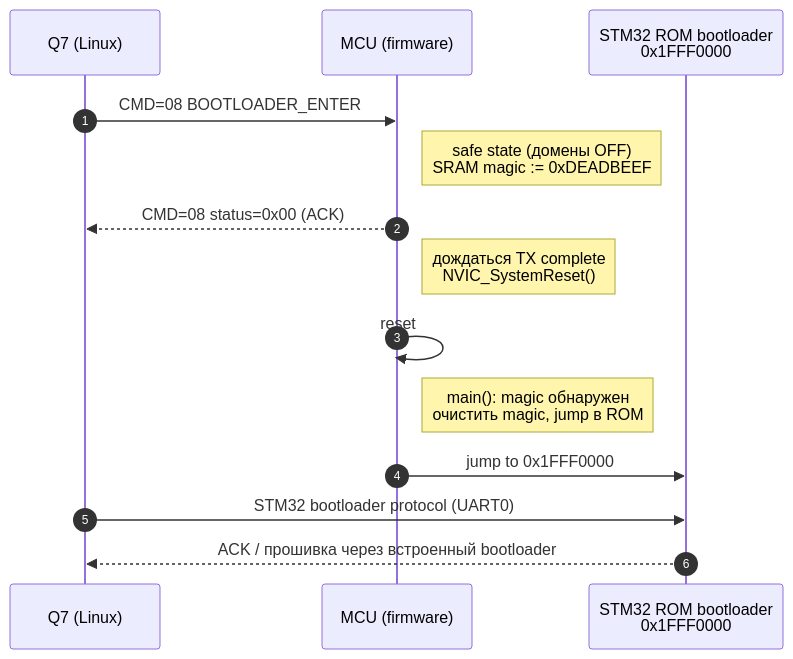
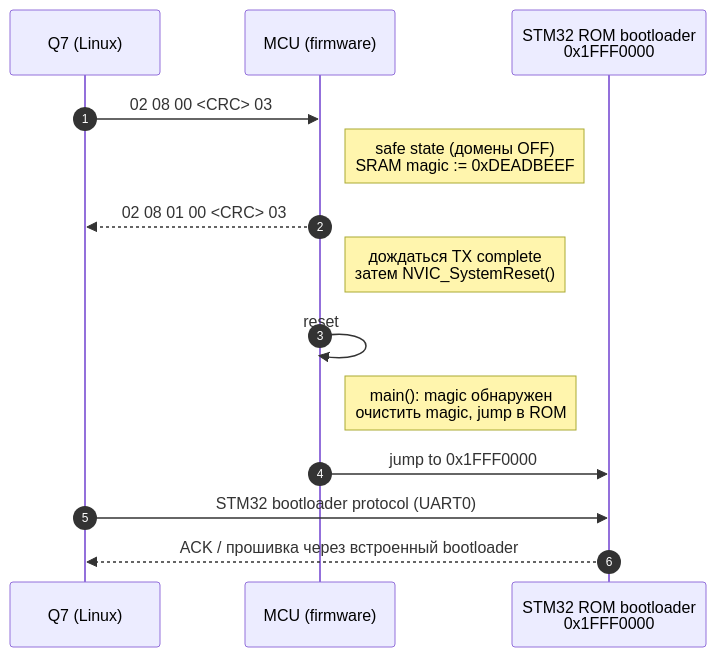
Before and after one commit to n-korel/power_controller: the fifth of 6 diagrams in README.md, drawn with Mermaid. The commit also changed other lines of this file and 1 other file, not shown here.

````diff
--- a/README.md
+++ b/README.md
@@ -1674,19 +1687,19 @@
 ```mermaid
 sequenceDiagram
     autonumber
     participant Q7 as Q7 (Linux)
     participant MCU as MCU (firmware)
     participant ROM as STM32 ROM bootloader<br/>0x1FFF0000
 
-    Q7->>MCU: CMD=08 BOOTLOADER_ENTER
+    Q7->>MCU: 02 08 00 <CRC> 03
     Note right of MCU: safe state (домены OFF)<br/>SRAM magic := 0xDEADBEEF
-    MCU-->>Q7: CMD=08 status=0x00 (ACK)
-    Note right of MCU: дождаться TX complete<br/>NVIC_SystemReset()
+    MCU-->>Q7: 02 08 01 00 <CRC> 03
+    Note right of MCU: дождаться TX complete<br/>затем NVIC_SystemReset()
 
     MCU->>MCU: reset
     Note right of MCU: main(): magic обнаружен<br/>очистить magic, jump в ROM
 
     MCU->>ROM: jump to 0x1FFF0000
     Q7->>ROM: STM32 bootloader protocol (UART0)
     ROM-->>Q7: ACK / прошивка через встроенный bootloader
 ```
````
